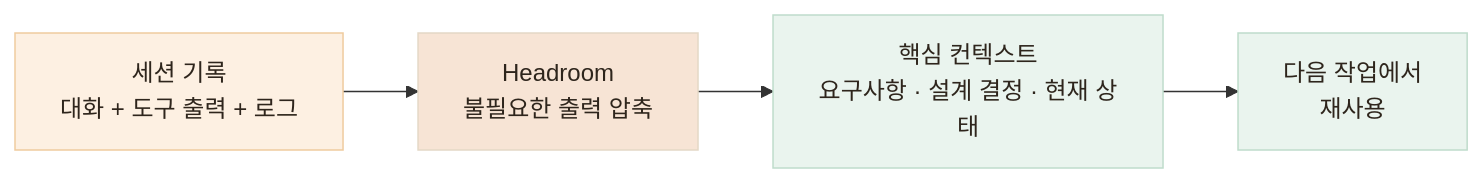
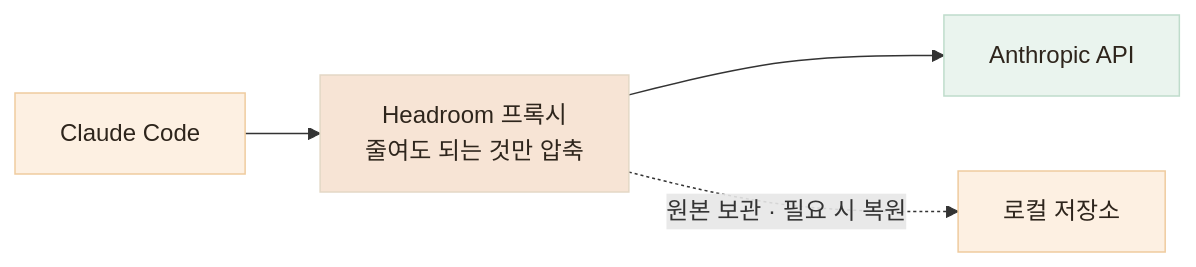
One commit to Jinacker/PortFolio changed the first of 2 diagrams in public/mds/ai-workflow/context.md. Above: the diagram before and after it, drawn with Mermaid. The commit also changed other lines of this file and 4 other files, not shown here.

````diff
--- a/public/mds/ai-workflow/context.md
+++ b/public/mds/ai-workflow/context.md
@@ -22,11 +28,11 @@
 ```mermaid
 flowchart LR
-    S["세션 기록<br/>대화 + 도구 출력 + 로그"] --> H["Headroom<br/>불필요한 출력 압축"]
-    H --> C["핵심 컨텍스트<br/>요구사항 · 설계 결정 · 현재 상태"]
-    C --> N["다음 작업에서<br/>재사용"]
+    CC["Claude Code"] --> H["Headroom 프록시<br/>줄여도 되는 것만 압축"]
+    H --> API["Anthropic API"]
+    H -.->|"원본 보관 · 필요 시 복원"| ST["로컬 저장소"]
 
-    style S fill:#FDF0E2,stroke:#EFCB9E,color:#2E251C
+    style CC fill:#FDF0E2,stroke:#EFCB9E,color:#2E251C
     style H fill:#F7E4D5,stroke:#E4D8C6,color:#2E251C
-    style C fill:#EAF4EE,stroke:#BFDCCB,color:#2E251C
-    style N fill:#EAF4EE,stroke:#BFDCCB,color:#2E251C
+    style API fill:#EAF4EE,stroke:#BFDCCB,color:#2E251C
+    style ST fill:#FDF0E2,stroke:#EFCB9E,color:#2E251C
 ```
````
